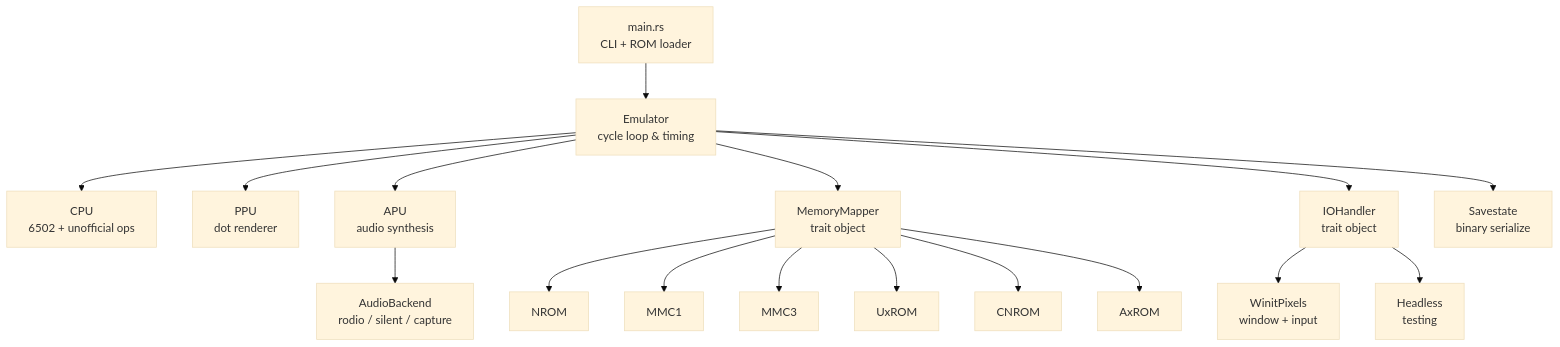
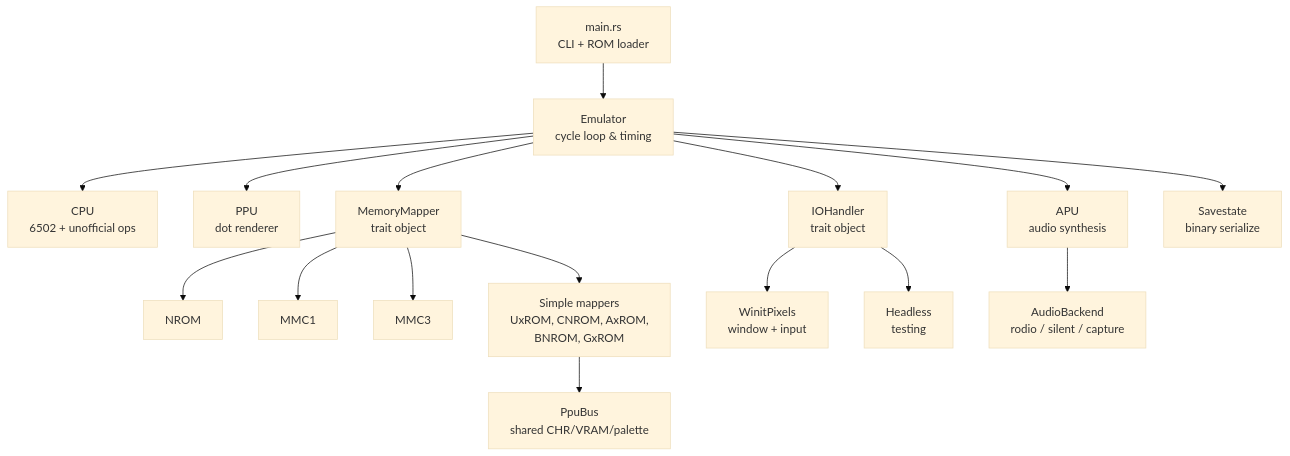
The diagram in README.md (aastrand/krankulator), drawn with Mermaid (base theme) before and after one commit. The commit also changed other lines of this file and 9 other files, not shown here.

First line of the commit message:
Add BNROM/GxROM mappers with bus conflicts; extract shared PpuBus

````diff
--- a/README.md
+++ b/README.md
@@ -25,24 +25,23 @@
 ```mermaid
 graph TD
     Main["main.rs<br/>CLI + ROM loader"] --> Emu["Emulator<br/>cycle loop & timing"]
 
     Emu --> CPU["CPU<br/>6502 + unofficial ops"]
     Emu --> PPU["PPU<br/>dot renderer"]
     Emu --> APU["APU<br/>audio synthesis"]
     Emu --> Mem["MemoryMapper<br/>trait object"]
 
     Mem --> NROM
     Mem --> MMC1
     Mem --> MMC3
-    Mem --> UxROM
-    Mem --> CNROM
-    Mem --> AxROM
+    Mem --> Simple["Simple mappers<br/>UxROM, CNROM, AxROM,<br/>BNROM, GxROM"]
+    Simple --> PpuBus["PpuBus<br/>shared CHR/VRAM/palette"]
 
     Emu --> IO["IOHandler<br/>trait object"]
     IO --> Winit["WinitPixels<br/>window + input"]
     IO --> Headless["Headless<br/>testing"]
 
     APU --> Audio["AudioBackend<br/>rodio / silent / capture"]
 
     Emu --> SS["Savestate<br/>binary serialize"]
 ```
````
